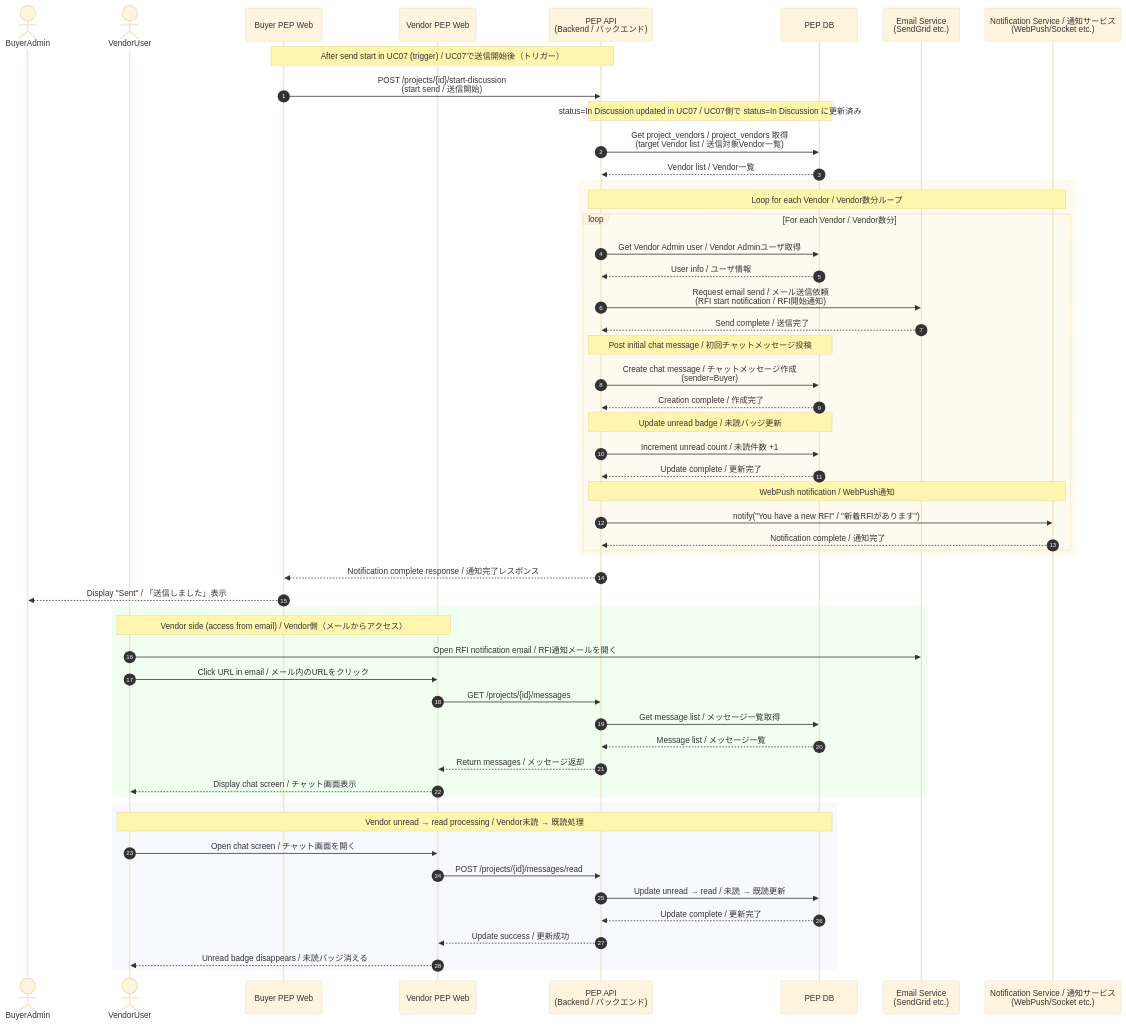
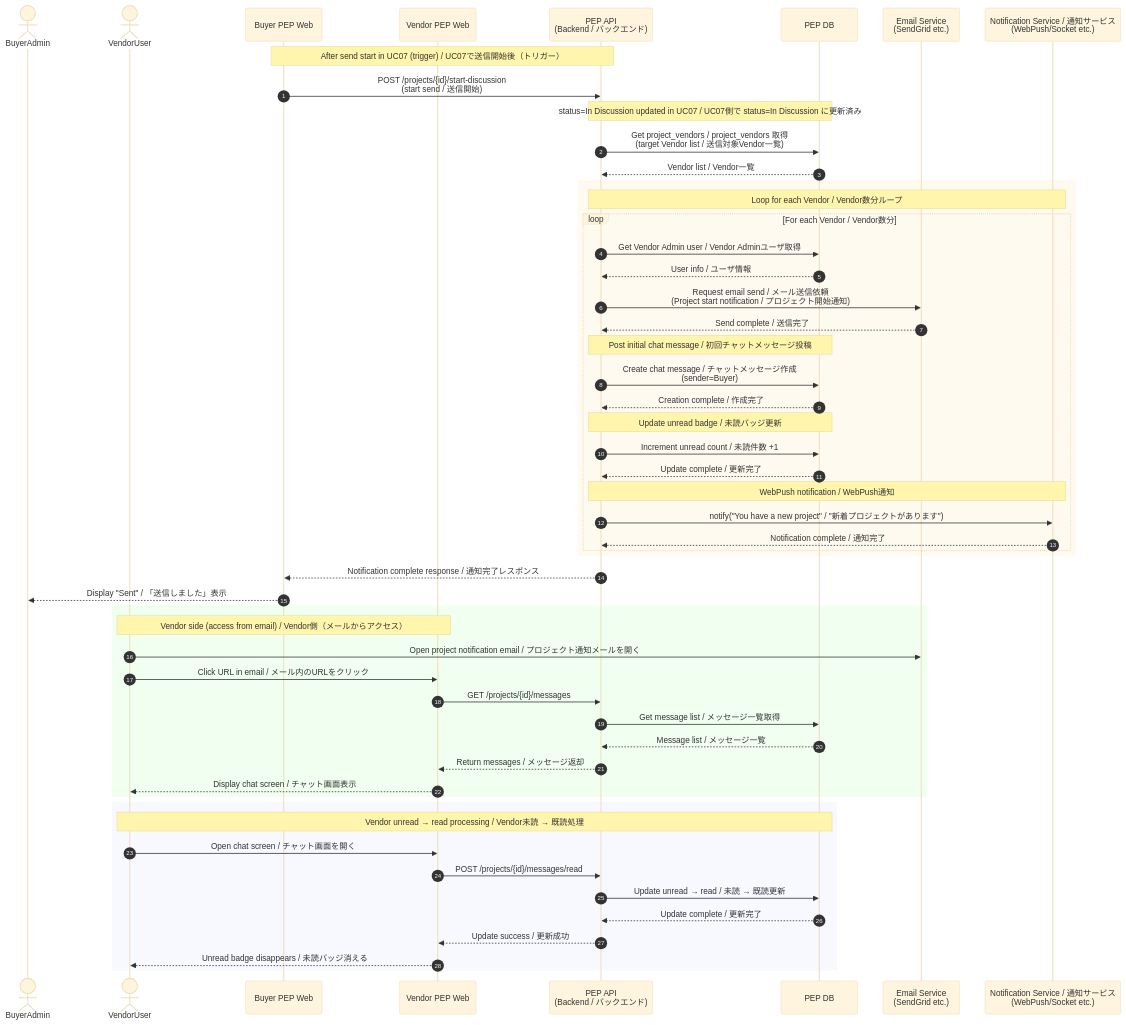
One commit to PhamDuBin/pep changed the diagram in docs/UC/UC8.md. Above: the diagram before and after it, drawn with Mermaid (base theme). The commit also changed other lines of this file and 23 other files, not shown here.

````diff
--- a/docs/UC/UC8.md
+++ b/docs/UC/UC8.md
@@ -3,67 +3,67 @@
 ```mermaid
 sequenceDiagram
     autonumber
     actor BA as BuyerAdmin
     actor VU as VendorUser
     participant BWeb as Buyer PEP Web
     participant VWeb as Vendor PEP Web
     participant API as PEP API<br/>(Backend / バックエンド)
     participant DB as PEP DB
     participant Mail as Email Service<br/>(SendGrid etc.)
     participant Notif as Notification Service / 通知サービス<br/>(WebPush/Socket etc.)
 
     Note over BWeb, API: After send start in UC07 (trigger) / UC07で送信開始後（トリガー）
     BWeb->>API: POST /projects/{id}/start-discussion<br/>(start send / 送信開始)
 
     Note over API, DB: status=In Discussion updated in UC07 / UC07側で status=In Discussion に更新済み
 
     API->>DB: Get project_vendors / project_vendors 取得<br/>(target Vendor list / 送信対象Vendor一覧)
     DB-->>API: Vendor list / Vendor一覧
 
     rect rgb(255, 250, 240)
         Note over API, Notif: Loop for each Vendor / Vendor数分ループ
         loop For each Vendor / Vendor数分
             API->>DB: Get Vendor Admin user / Vendor Adminユーザ取得
             DB-->>API: User info / ユーザ情報
 
-            API->>Mail: Request email send / メール送信依頼<br/>(RFI start notification / RFI開始通知)
+            API->>Mail: Request email send / メール送信依頼<br/>(Project start notification / プロジェクト開始通知)
             Mail-->>API: Send complete / 送信完了
 
             Note over API, DB: Post initial chat message / 初回チャットメッセージ投稿
             API->>DB: Create chat message / チャットメッセージ作成<br/>(sender=Buyer)
             DB-->>API: Creation complete / 作成完了
 
             Note over API, DB: Update unread badge / 未読バッジ更新
             API->>DB: Increment unread count / 未読件数 +1
             DB-->>API: Update complete / 更新完了
 
             Note over API, Notif: WebPush notification / WebPush通知
-            API->>Notif: notify("You have a new RFI" / "新着RFIがあります")
+            API->>Notif: notify("You have a new project" / "新着プロジェクトがあります")
             Notif-->>API: Notification complete / 通知完了
         end
     end
 
     API-->>BWeb: Notification complete response / 通知完了レスポンス
     BWeb-->>BA: Display "Sent" / 「送信しました」表示
 
     rect rgb(240, 255, 240)
         Note over VU, VWeb: Vendor side (access from email) / Vendor側（メールからアクセス）
-        VU->>Mail: Open RFI notification email / RFI通知メールを開く
+        VU->>Mail: Open project notification email / プロジェクト通知メールを開く
         VU->>VWeb: Click URL in email / メール内のURLをクリック
         VWeb->>API: GET /projects/{id}/messages
         API->>DB: Get message list / メッセージ一覧取得
         DB-->>API: Message list / メッセージ一覧
         API-->>VWeb: Return messages / メッセージ返却
         VWeb-->>VU: Display chat screen / チャット画面表示
     end
 
     rect rgb(248, 248, 255)
         Note over VU, DB: Vendor unread → read processing / Vendor未読 → 既読処理
         VU->>VWeb: Open chat screen / チャット画面を開く
         VWeb->>API: POST /projects/{id}/messages/read
         API->>DB: Update unread → read / 未読 → 既読更新
         DB-->>API: Update complete / 更新完了
         API-->>VWeb: Update success / 更新成功
         VWeb-->>VU: Unread badge disappears / 未読バッジ消える
     end
 ```
````
